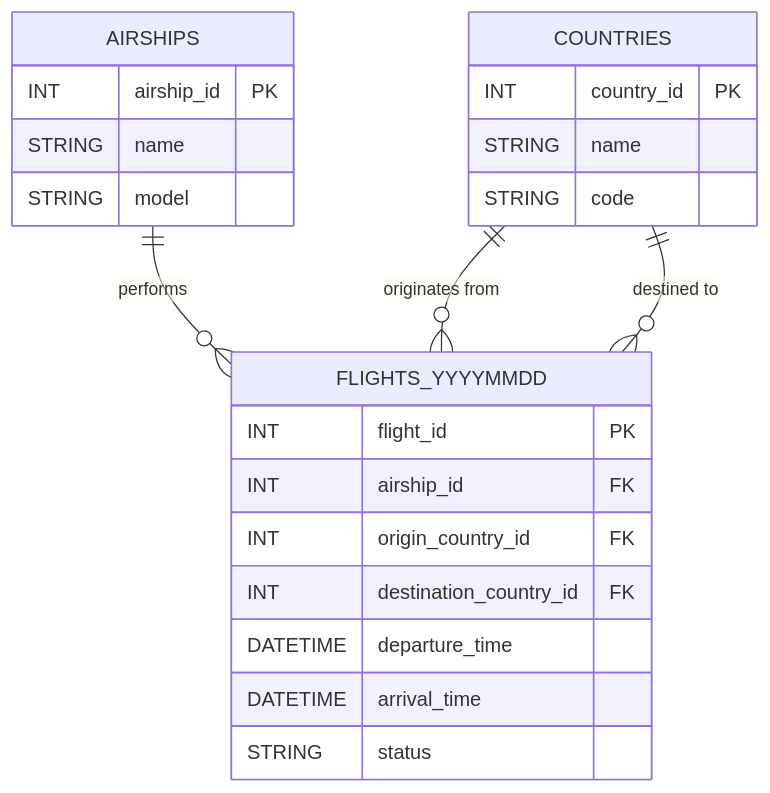
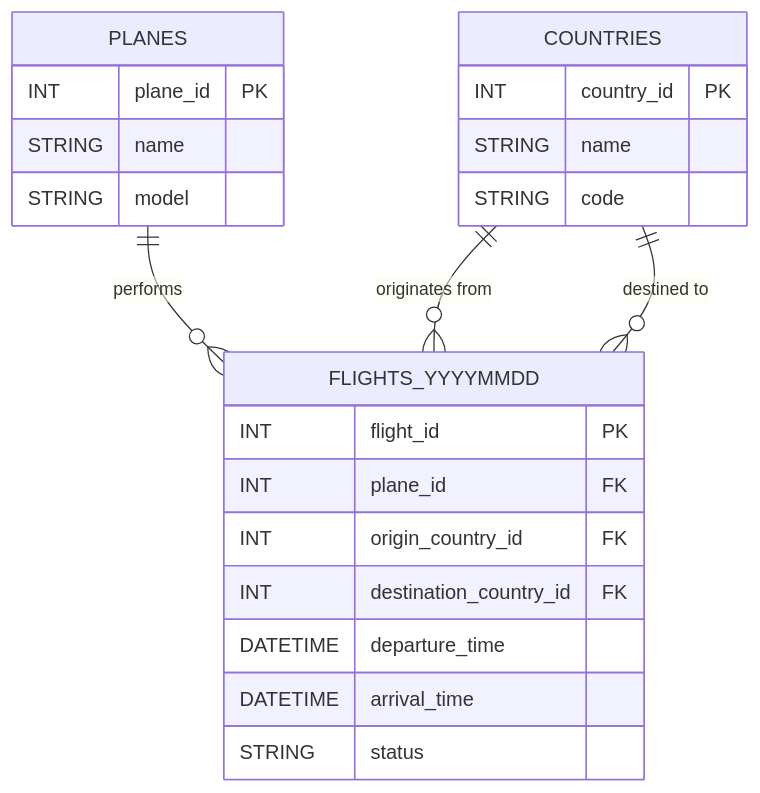
The diagram in README.md (victoroscar30/aeroexplorer), drawn with Mermaid before and after one commit. The commit also changed other lines of this file, not shown here.

````diff
--- a/README.md
+++ b/README.md
@@ -63,27 +62,27 @@
 ```mermaid
 erDiagram
-    AIRSHIPS {
-        INT airship_id PK
+    PLANES {
+        INT plane_id PK
         STRING name
         STRING model
     }
     COUNTRIES {
         INT country_id PK
         STRING name
         STRING code
     }
     FLIGHTS_YYYYMMDD {
         INT flight_id PK
-        INT airship_id FK
+        INT plane_id FK
         INT origin_country_id FK
         INT destination_country_id FK
         DATETIME departure_time
         DATETIME arrival_time
         STRING status
     }
 
-    AIRSHIPS ||--o{ FLIGHTS_YYYYMMDD : "performs"
+    PLANES ||--o{ FLIGHTS_YYYYMMDD : "performs"
     COUNTRIES ||--o{ FLIGHTS_YYYYMMDD : "originates from"
     COUNTRIES ||--o{ FLIGHTS_YYYYMMDD : "destined to"
 
 ```
````
